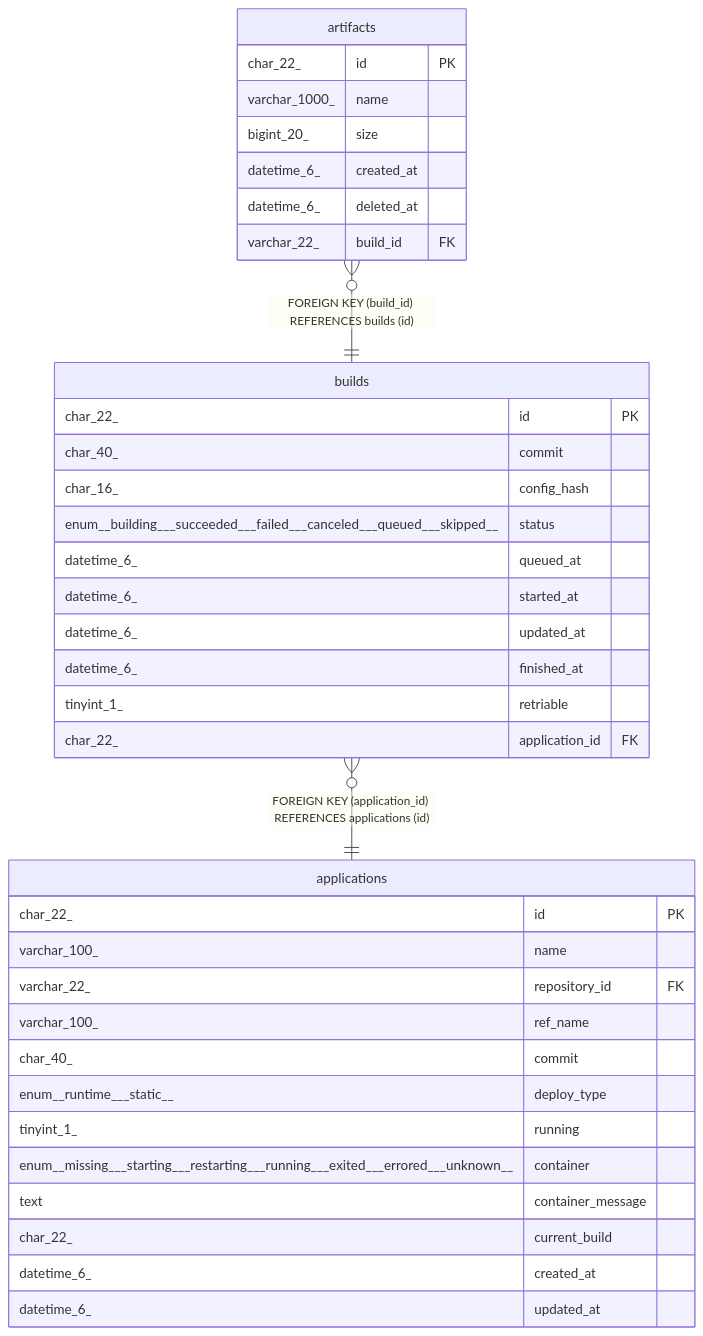
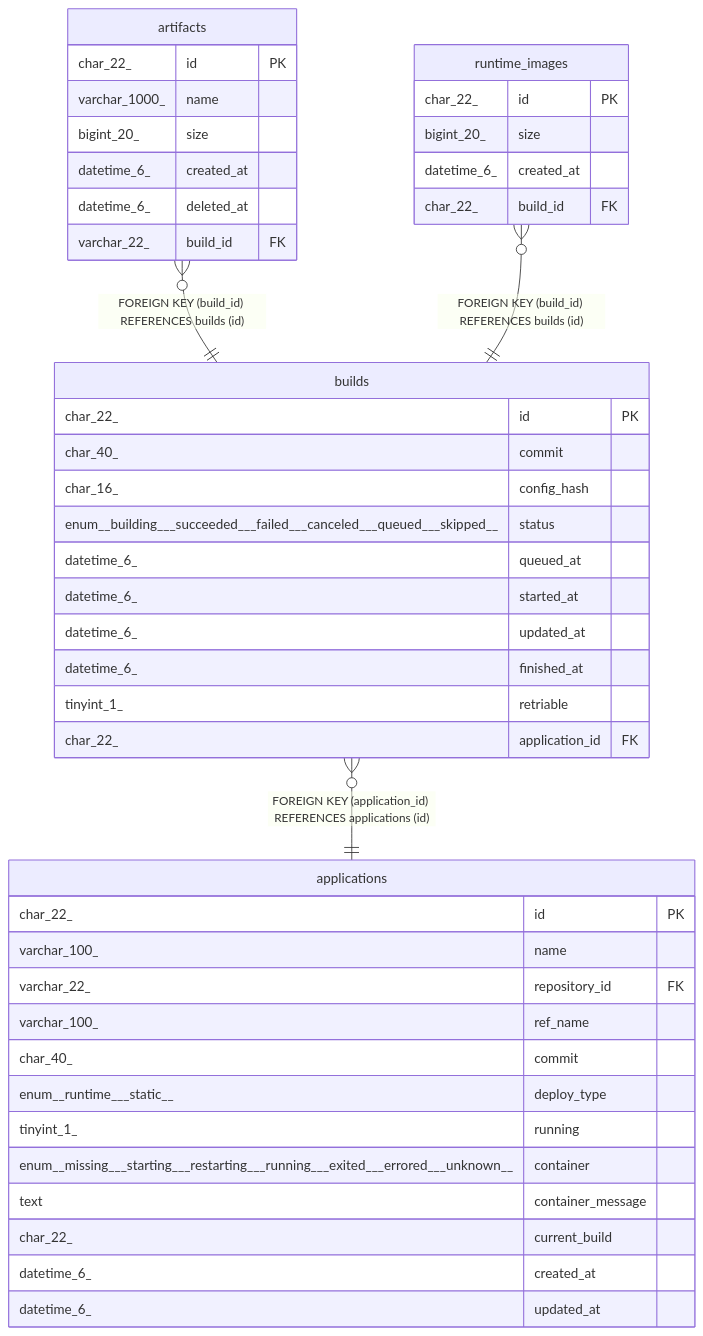
Before and after one commit to traPtitech/NeoShowcase: the diagram in docs/dbschema/builds.md, drawn with Mermaid. The commit also changed other lines of this file and 25 other files, not shown here.

````diff
--- a/docs/dbschema/builds.md
+++ b/docs/dbschema/builds.md
@@ -63,41 +63,48 @@
 ```mermaid
 erDiagram
 
 "artifacts" }o--|| "builds" : "FOREIGN KEY (build_id) REFERENCES builds (id)"
+"runtime_images" }o--|| "builds" : "FOREIGN KEY (build_id) REFERENCES builds (id)"
 "builds" }o--|| "applications" : "FOREIGN KEY (application_id) REFERENCES applications (id)"
 
 "builds" {
   char_22_ id PK
   char_40_ commit
   char_16_ config_hash
   enum__building___succeeded___failed___canceled___queued___skipped__ status
   datetime_6_ queued_at
   datetime_6_ started_at
   datetime_6_ updated_at
   datetime_6_ finished_at
   tinyint_1_ retriable
   char_22_ application_id FK
 }
 "artifacts" {
   char_22_ id PK
   varchar_1000_ name
   bigint_20_ size
   datetime_6_ created_at
   datetime_6_ deleted_at
   varchar_22_ build_id FK
 }
+"runtime_images" {
+  char_22_ id PK
+  bigint_20_ size
+  datetime_6_ created_at
+  char_22_ build_id FK
+}
 "applications" {
   char_22_ id PK
   varchar_100_ name
   varchar_22_ repository_id FK
   varchar_100_ ref_name
   char_40_ commit
   enum__runtime___static__ deploy_type
   tinyint_1_ running
   enum__missing___starting___restarting___running___exited___errored___unknown__ container
   text container_message
   char_22_ current_build
   datetime_6_ created_at
   datetime_6_ updated_at
 }
 ```
````
